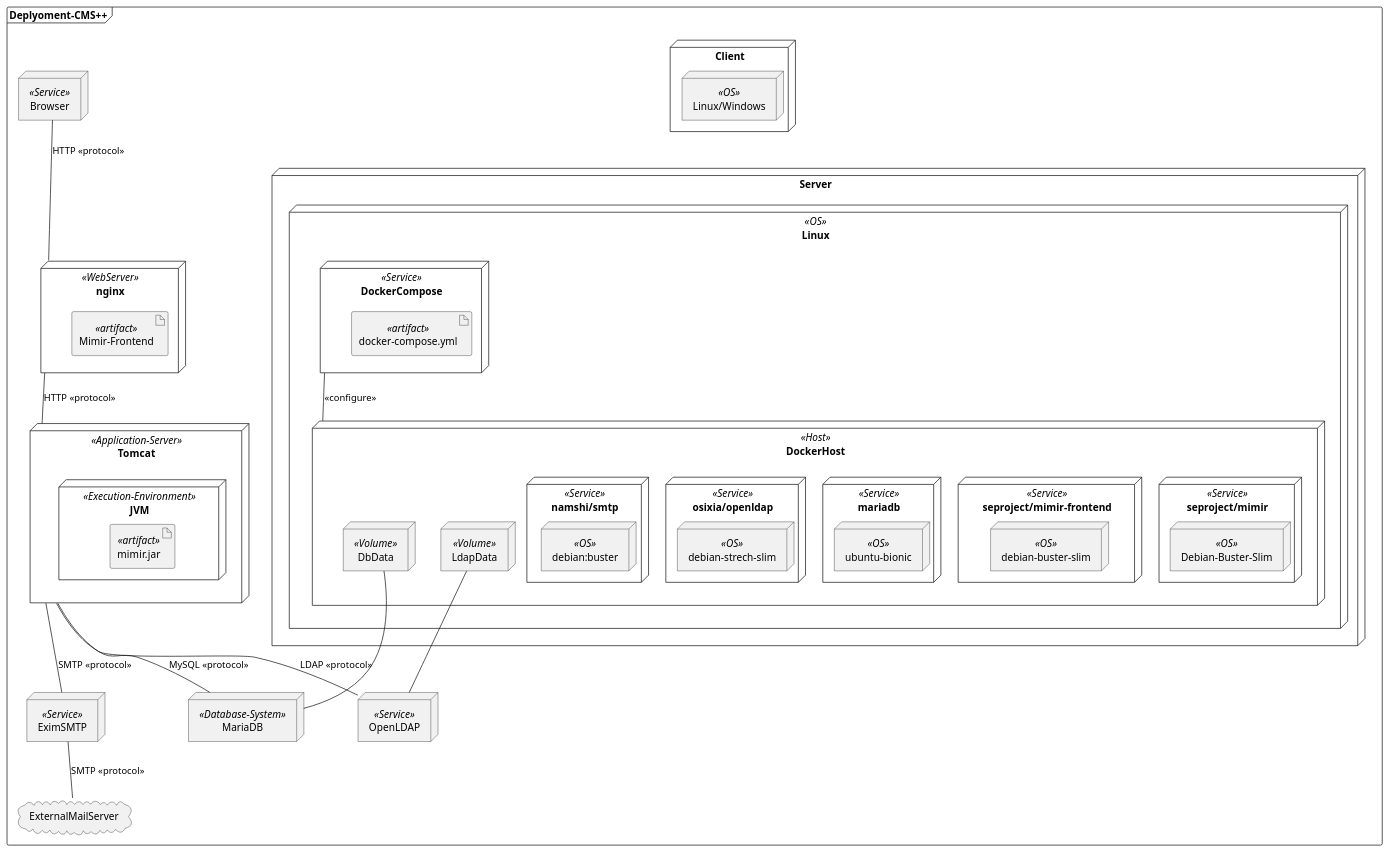
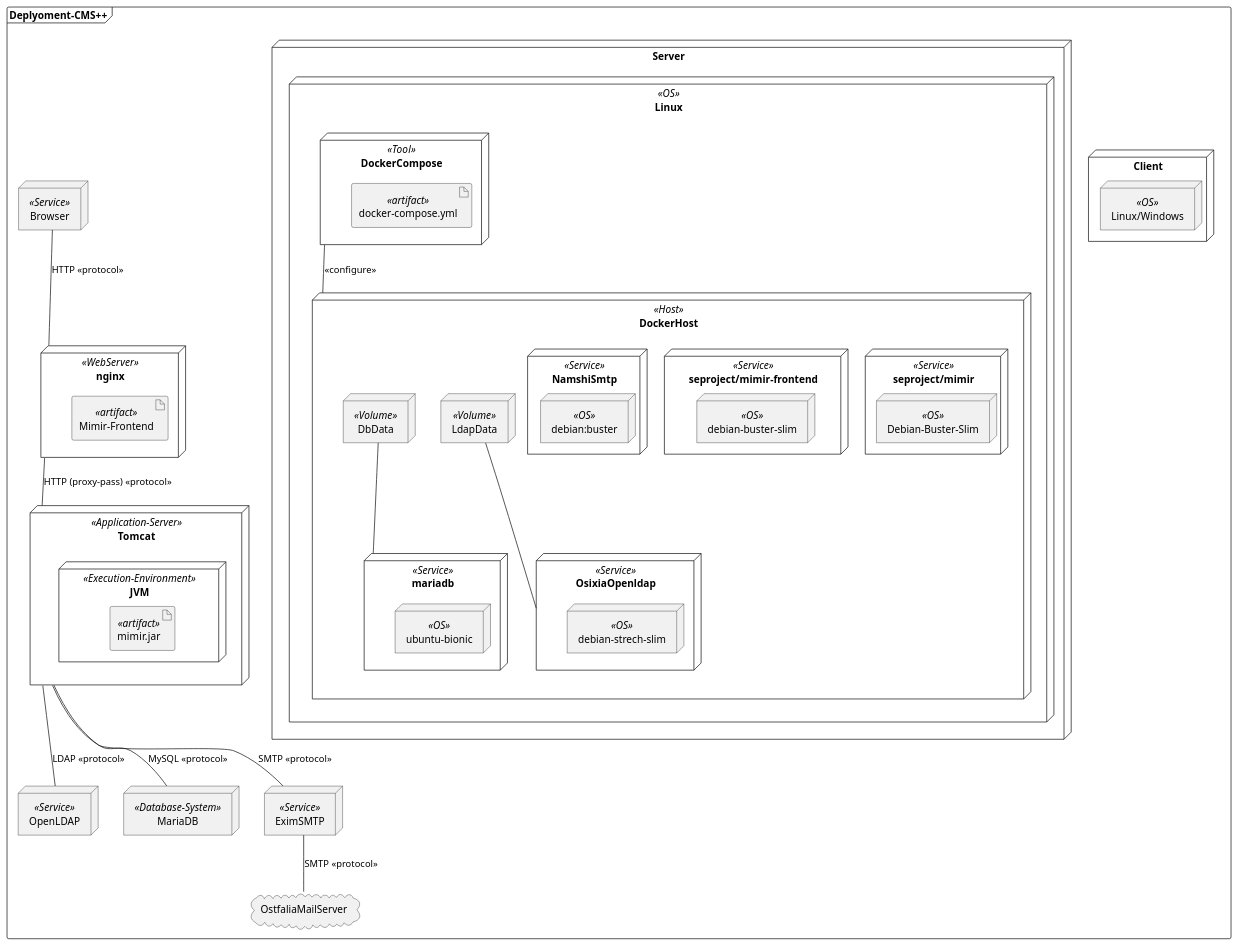
One commit to NotAWiz4rd/mimir-cms changed the diagram in uml/deployment.puml. Above: the diagram before and after it, drawn with PlantUML.

Commit message:
schneefux Feedback

```diff
--- a/uml/deployment.puml
+++ b/uml/deployment.puml
@@ -1,74 +1,74 @@
 @startuml
 
 frame Deplyoment-CMS++{
     
-    cloud ExternalMailServer
+    cloud OstfaliaMailServer
     
     Browser -- nginx : HTTP <<protocol>>
-    nginx -- Tomcat : HTTP <<protocol>>
+    nginx -- Tomcat : HTTP (proxy-pass) <<protocol>>
     Tomcat -- OpenLDAP : LDAP <<protocol>>
     Tomcat -- MariaDB : MySQL <<protocol>>
     Tomcat -- EximSMTP : SMTP <<protocol>>
-    EximSMTP -- ExternalMailServer : SMTP <<protocol>>
+    EximSMTP -- OstfaliaMailServer : SMTP <<protocol>>
     
     node Client {
         node Linux/Windows <<OS>> {
             node Browser <<Service>> {
 
             }
         }
     }
 
     node Server {
         node Linux <<OS>> {
            node DockerHost <<Host>> {
                 node seproject/mimir <<Service>> {
                     node Debian-Buster-Slim <<OS>> {
                         node Tomcat <<Application-Server>> {
                             node JVM <<Execution-Environment>> {
                                artifact "mimir.jar" <<artifact>>
                             }
                         }
                     }
                 }
                 node seproject/mimir-frontend <<Service>> {
                     node debian-buster-slim <<OS>> {
                         node nginx <<WebServer>> {
                             artifact "Mimir-Frontend" <<artifact>>
                         }
                     }
                 }
                 node mariadb <<Service>> {
                     node ubuntu-bionic <<OS>> {
                         node MariaDB <<Database-System>> {
                         }
                     }
                 }
-                node osixia/openldap <<Service>> {
+                node OsixiaOpenldap <<Service>> {
                     node debian-strech-slim <<OS>> {
                         node OpenLDAP <<Service>> {
                         }
                     }
                 }
-                node namshi/smtp <<Service>> {
+                node NamshiSmtp <<Service>> {
                     node debian:buster <<OS>> {
                         node EximSMTP <<Service>> {
                         }
                     }
                 }
                 node LdapData <<Volume>> {
                 }
                 node DbData <<Volume>> {
                 }
-                LdapData -- OpenLDAP
-                DbData -- MariaDB
+                LdapData -- OsixiaOpenldap
+                DbData -- mariadb
            }
-           node DockerCompose <<Service>> {
+           node DockerCompose <<Tool>> {
                 artifact "docker-compose.yml" <<artifact>>
            }
            DockerCompose -- DockerHost : <<configure>>
           
         }
     }
 }
 @enduml
```
